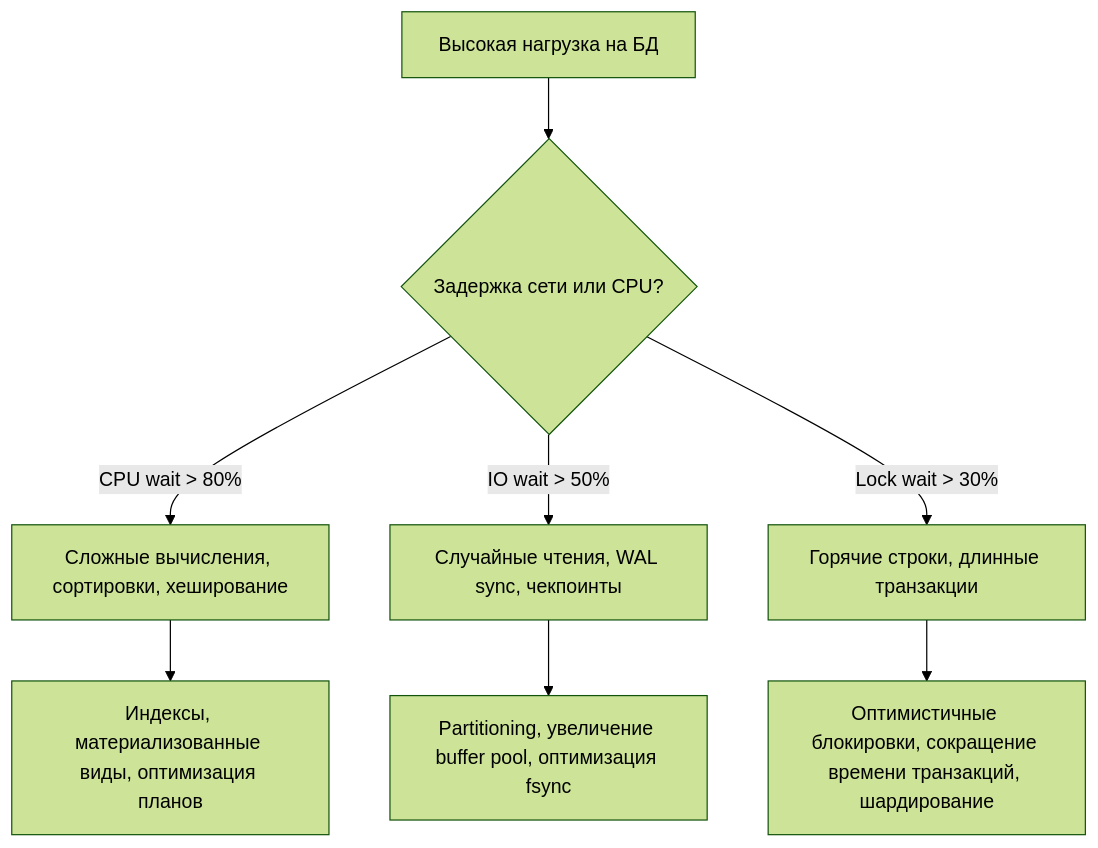
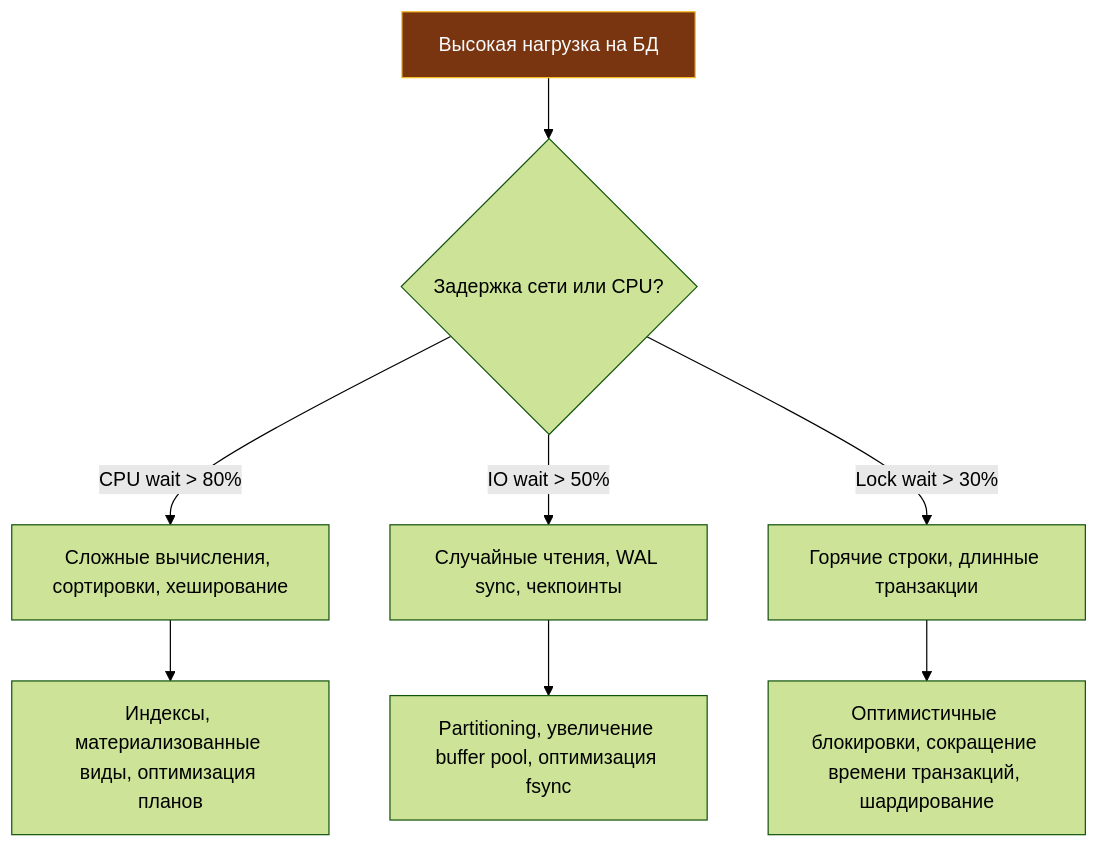
The diagram in sources/12. Базы данных/10. Практика и архитектура/13. Highload базы данных.md (UnrealTemplier/go-textbook), drawn with Mermaid (forest theme) before and after one commit. The commit also changed 1666 other files, not shown here.

First line of the commit message:
feat(mermaid): add semantic color classDef to 1369 colorless flowchart/graph diagrams

````diff
--- a/sources/12. Базы данных/10. Практика и архитектура/13. Highload базы данных.md
+++ b/sources/12. Базы данных/10. Практика и архитектура/13. Highload базы данных.md
@@ -24,10 +24,20 @@
 ```mermaid
 flowchart TD
-    HighLoad["Высокая нагрузка на БД"] --> Check1{"Задержка сети или CPU?"}
+    classDef process  fill:#1e293b,stroke:#38bdf8,stroke-width:1px,color:#f8fafc
+    classDef success  fill:#064e3b,stroke:#34d399,stroke-width:1px,color:#f8fafc
+    classDef error    fill:#7f1d1d,stroke:#f87171,stroke-width:1px,color:#f8fafc
+    classDef warning  fill:#78350f,stroke:#fbbf24,stroke-width:1px,color:#f8fafc
+    classDef entry    fill:#1e3a5f,stroke:#38bdf8,stroke-width:2px,color:#f8fafc
+    classDef aux      fill:#334155,stroke:#64748b,stroke-width:1px,color:#f8fafc
+    classDef system   fill:#312e81,stroke:#a78bfa,stroke-width:1px,color:#f8fafc
+    classDef data     fill:#132d29,stroke:#2dd4bf,stroke-width:1px,color:#f8fafc
+    classDef network  fill:#881337,stroke:#fb7185,stroke-width:1px,color:#f8fafc
+    classDef accent   fill:#1e1b4b,stroke:#818cf8,stroke-width:1px,color:#f8fafc
+    HighLoad["Высокая нагрузка на БД"]:::warning --> Check1{"Задержка сети или CPU?"}
     Check1 -- CPU wait > 80% --> Opt1["Сложные вычисления, сортировки, хеширование"]
     Opt1 --> Fix1["Индексы, материализованные виды, оптимизация планов"]
     Check1 -- IO wait > 50% --> Opt2["Случайные чтения, WAL sync, чекпоинты"]
     Opt2 --> Fix2["Partitioning, увеличение buffer pool, оптимизация fsync"]
     Check1 -- Lock wait > 30% --> Opt3["Горячие строки, длинные транзакции"]
     Opt3 --> Fix3["Оптимистичные блокировки, сокращение времени транзакций, шардирование"]
 ```
````
